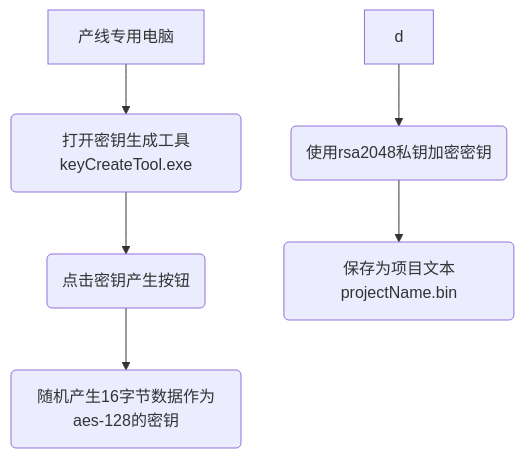
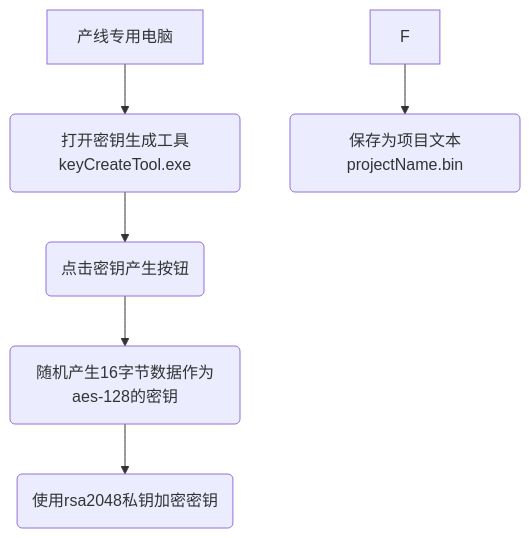
Before and after one commit to facebook-cloud/iodraw-files: the diagram in all/未命名-3.md, drawn with Mermaid.

Commit message:
2026-01-05 14:31:14 update

````diff
--- a/all/未命名-3.md
+++ b/all/未命名-3.md
@@ -1,10 +1,10 @@
 ```mermaid
 graph TD
     A[产线专用电脑] --> B(打开密钥生成工具keyCreateTool.exe)
     B --> C(点击密钥产生按钮)
     C --> D(随机产生16字节数据作为aes-128的密钥)
 
-    d --> F(使用rsa2048私钥加密密钥)
+    D --> E(使用rsa2048私钥加密密钥)
     F --> G(保存为项目文本projectName.bin)
 
 ```
````
